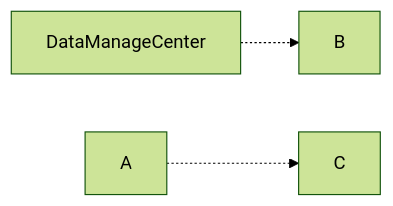
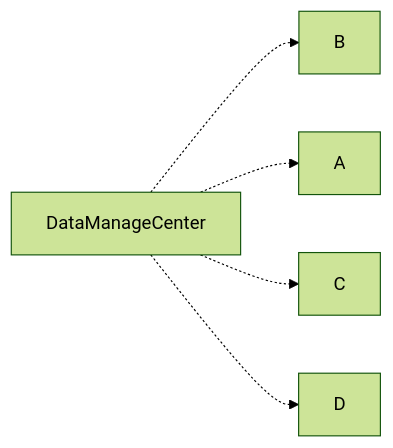
One commit to xiaojian-w/Gene-Regulatory-Networks-Construction changed the diagram in design.md. Above: the diagram before and after it, drawn with Mermaid (forest theme). The commit also changed other lines of this file, not shown here.

````diff
--- a/design.md
+++ b/design.md
@@ -21,7 +23,9 @@
 ```mermaid
 graph LR; 
 DataManageCenter-.->B;
-A-.->C;
+DataManageCenter-.->A;
+DataManageCenter-.->C;
+DataManageCenter-.->D;
 
 
 ```
````
